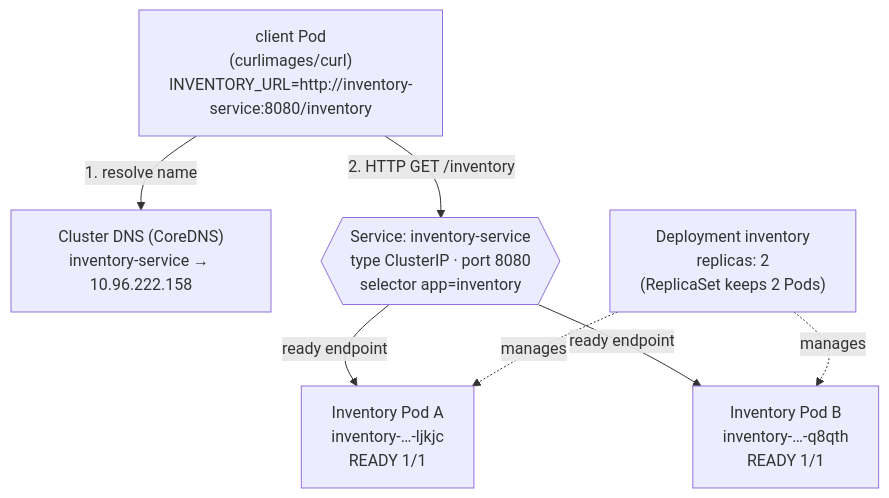
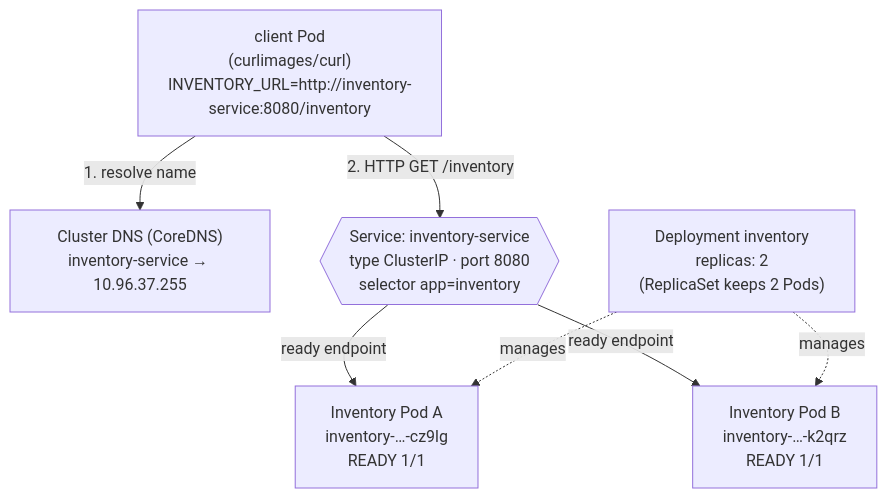
Before and after one commit to Revati-sp/Service-Discovery-Readiness-Recovery-Distributed-systems-Lab: the first of 2 diagrams in README.md, drawn with Mermaid. The commit also changed other lines of this file and 3 other files, not shown here.

First line of the commit message:
Improve evidence: deletion timeline, no kubectl warnings, requirement map

````diff
--- a/README.md
+++ b/README.md
@@ -27,16 +42,16 @@
 ```mermaid
 flowchart TB
     C["client Pod<br/>(curlimages/curl)<br/>INVENTORY_URL=http://inventory-service:8080/inventory"]
-    DNS["Cluster DNS (CoreDNS)<br/>inventory-service → 10.96.222.158"]
+    DNS["Cluster DNS (CoreDNS)<br/>inventory-service → 10.96.37.255"]
     S{{"Service: inventory-service<br/>type ClusterIP · port 8080<br/>selector app=inventory"}}
-    A["Inventory Pod A<br/>inventory-…-ljkjc<br/>READY 1/1"]
-    B["Inventory Pod B<br/>inventory-…-q8qth<br/>READY 1/1"]
+    A["Inventory Pod A<br/>inventory-…-cz9lg<br/>READY 1/1"]
+    B["Inventory Pod B<br/>inventory-…-k2qrz<br/>READY 1/1"]
     D["Deployment inventory<br/>replicas: 2<br/>(ReplicaSet keeps 2 Pods)"]
 
     C -- "1. resolve name" --> DNS
     C -- "2. HTTP GET /inventory" --> S
     S -- "ready endpoint" --> A
     S -- "ready endpoint" --> B
     D -. manages .-> A
     D -. manages .-> B
 ```
````
